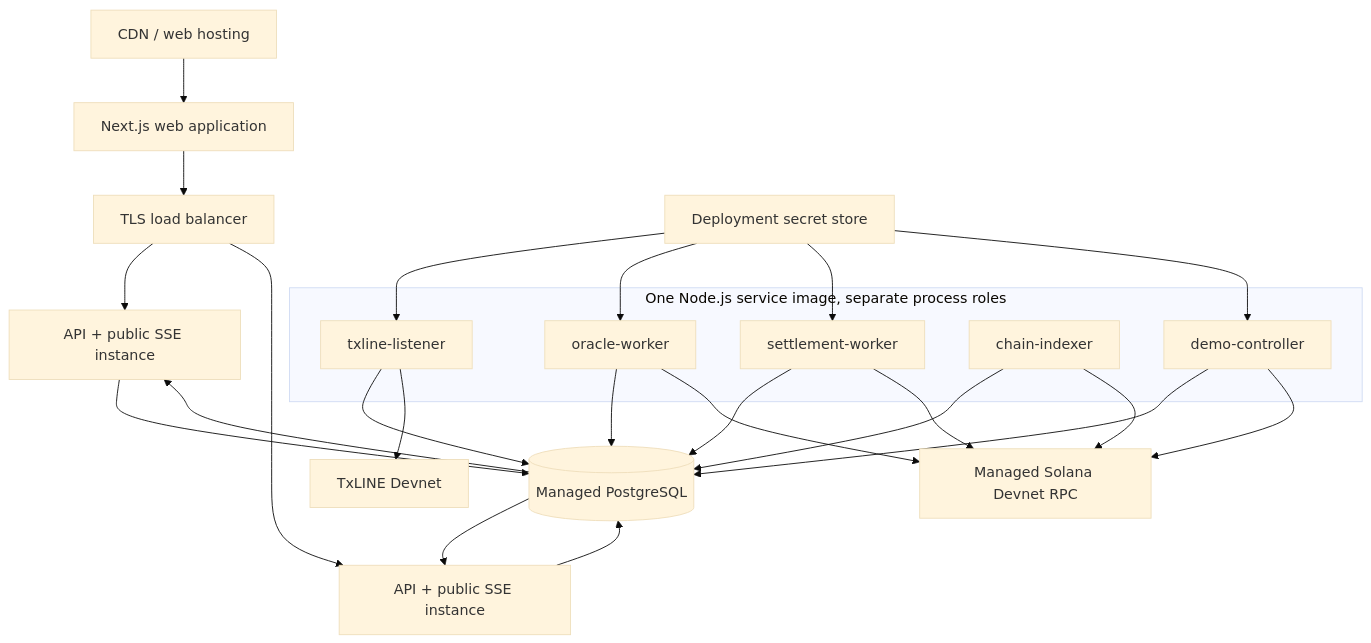
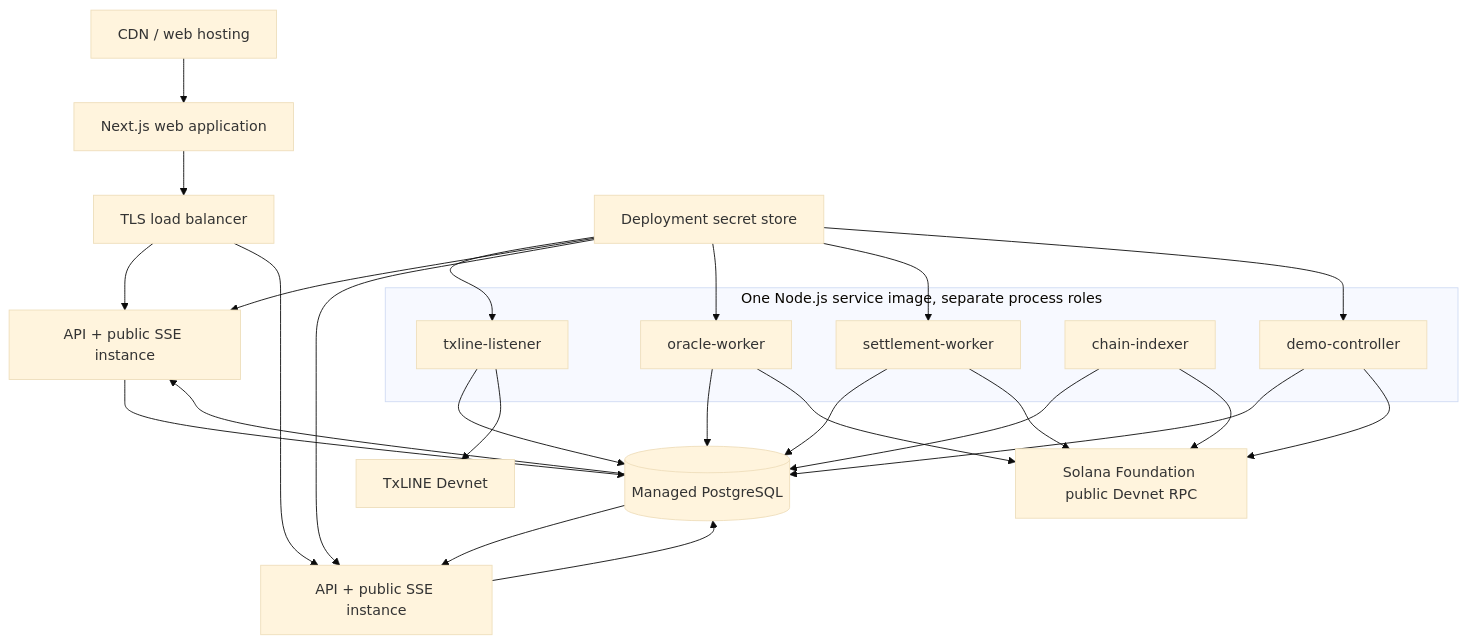
Before and after one commit to TomasCImach/TxODDS-Coupon: the second of 7 diagrams in architecture.md, drawn with Mermaid (base theme). The commit also changed other lines of this file and 33 other files, not shown here.

````diff
--- a/architecture.md
+++ b/architecture.md
@@ -252,35 +252,37 @@
 ```mermaid
 flowchart TB
     CDN["CDN / web hosting"] --> Web["Next.js web application"]
     Web --> LB["TLS load balancer"]
     LB --> API1["API + public SSE instance"]
     LB --> API2["API + public SSE instance"]
 
     subgraph WorkerImage["One Node.js service image, separate process roles"]
         T["txline-listener"]
         O["oracle-worker"]
         S["settlement-worker"]
         I["chain-indexer"]
         D["demo-controller"]
     end
 
     API1 --> PG[("Managed PostgreSQL")]
     API2 --> PG
     T --> PG
     O --> PG
     S --> PG
     I --> PG
     D --> PG
     PG --> API1
     PG --> API2
 
     Secrets["Deployment secret store"] --> T
+    Secrets --> API1
+    Secrets --> API2
     Secrets --> O
     Secrets --> S
     Secrets --> D
     T --> TX["TxLINE Devnet"]
-    O --> Sol["Managed Solana Devnet RPC"]
+    O --> Sol["Solana Foundation public Devnet RPC"]
     S --> Sol
     I --> Sol
     D --> Sol
 ```
````
